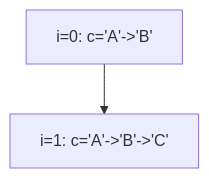
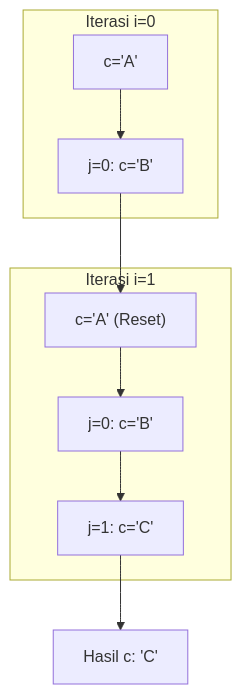
One commit to amnahwaida/OSNK_INF_PREP changed the seventh of 10 diagrams in part-c-pemahaman-cpp/03-perulangan/latihan/set-05.md. Above: the diagram before and after it, drawn with Mermaid. The commit also changed other lines of this file and 30 other files, not shown here.

Commit message:
✨ Premium Overhaul: Modul 05 (Rekursi) & 06 (Bitwise) - 100 soal baru dengan Mermaid Call Stack & Bit-Grid diagrams

````diff
--- a/part-c-pemahaman-cpp/03-perulangan/latihan/set-05.md
+++ b/part-c-pemahaman-cpp/03-perulangan/latihan/set-05.md
@@ -231,4 +235,11 @@
 ```mermaid
 graph TD
-A["i=0: c='A'->'B'"] --> B["i=1: c='A'->'B'->'C'"]
+subgraph "Iterasi i=0"
+I0["c='A'"] --> J0["j=0: c='B'"]
+end
+subgraph "Iterasi i=1"
+I1["c='A' (Reset)"] --> J1_0["j=0: c='B'"] --> J1_1["j=1: c='C'"]
+end
+J0 --> I1
+J1_1 --> End["Hasil c: 'C'"]
 ```
````
